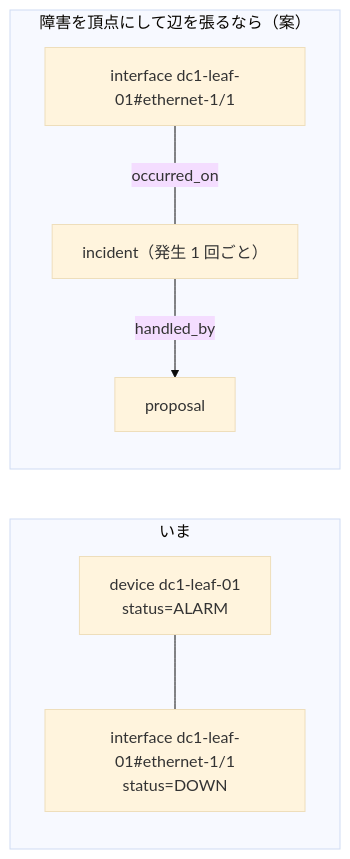
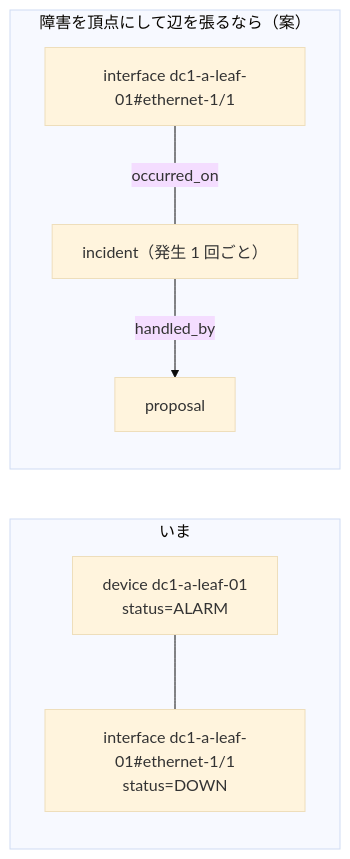
Before and after one commit to eddie-eights/nwc-poc: the second of 2 diagrams in docs/data-stores.md, drawn with Mermaid (base theme). The commit also changed other lines of this file and 38 other files, not shown here.

````diff
--- a/docs/data-stores.md
+++ b/docs/data-stores.md
@@ -249,10 +249,10 @@
 ```mermaid
 flowchart LR
   subgraph now["いま"]
-    D1["device dc1-leaf-01<br/>status=ALARM"] --- I1["interface dc1-leaf-01#ethernet-1/1<br/>status=DOWN"]
+    D1["device dc1-a-leaf-01<br/>status=ALARM"] --- I1["interface dc1-a-leaf-01#ethernet-1/1<br/>status=DOWN"]
   end
   subgraph idea["障害を頂点にして辺を張るなら（案）"]
-    I2["interface dc1-leaf-01#ethernet-1/1"] -- "occurred_on" --- X2["incident（発生 1 回ごと）"]
+    I2["interface dc1-a-leaf-01#ethernet-1/1"] -- "occurred_on" --- X2["incident（発生 1 回ごと）"]
     X2 -- "handled_by" --> P2["proposal"]
   end
 ```
````
